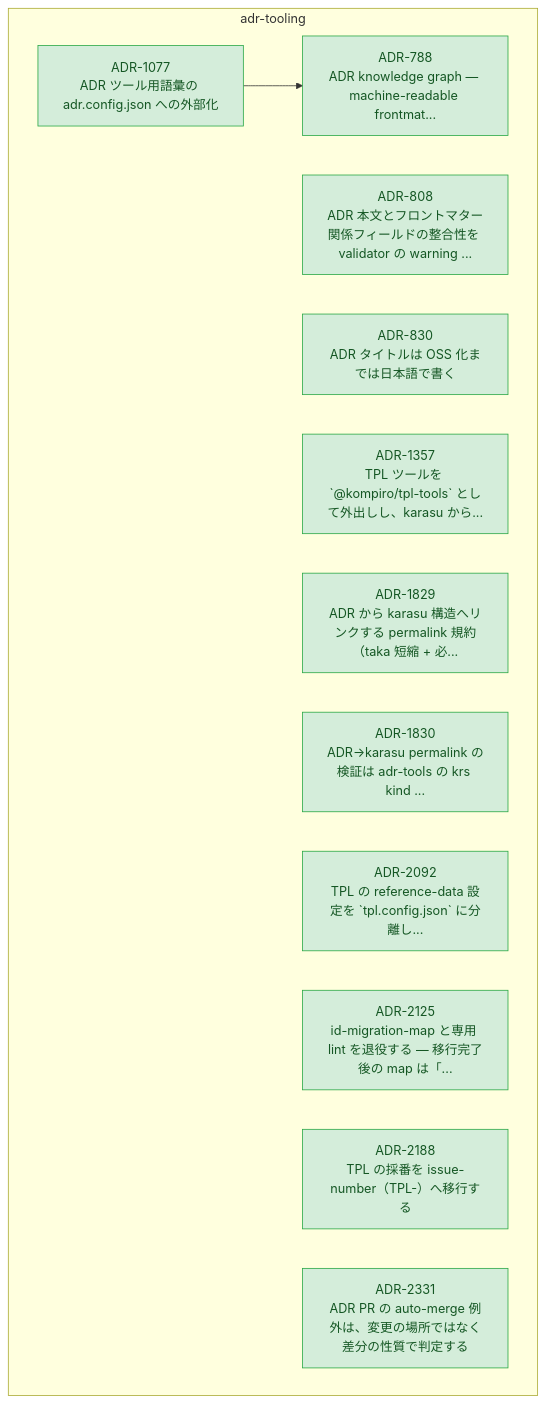
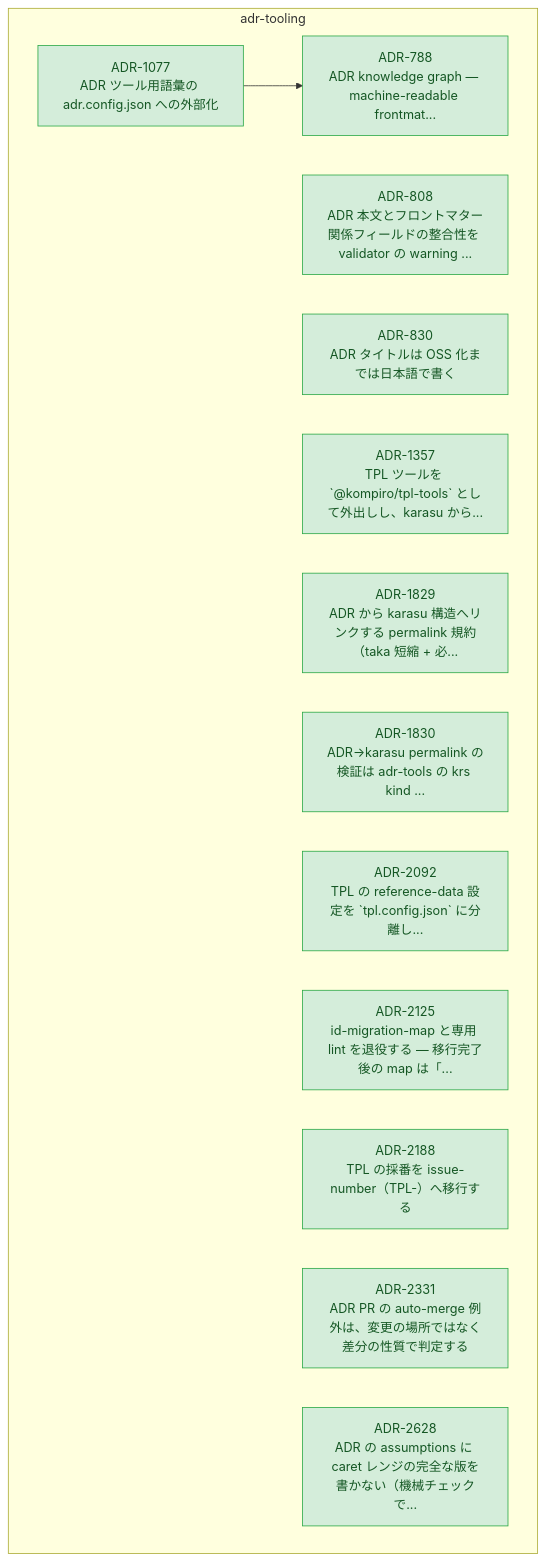
The diagram in docs/adr/graph/adr-tooling.md (kompiro/karasu), drawn with Mermaid before and after one commit. The commit also changed 9 other files, not shown here.

First line of the commit message:
chore(ci): fail ADR assumptions that pin a caret range to a full version (#2630)

````diff
--- a/docs/adr/graph/adr-tooling.md
+++ b/docs/adr/graph/adr-tooling.md
@@ -6,35 +6,37 @@
 ```mermaid
 flowchart TD
   subgraph adr-tooling["adr-tooling"]
     ADR_788["ADR-788<br/>ADR knowledge graph — machine-readable frontmat..."]
     ADR_808["ADR-808<br/>ADR 本文とフロントマター関係フィールドの整合性を validator の warning ..."]
     ADR_830["ADR-830<br/>ADR タイトルは OSS 化までは日本語で書く"]
     ADR_1077["ADR-1077<br/>ADR ツール用語彙の adr.config.json への外部化"]
     ADR_1357["ADR-1357<br/>TPL ツールを `@kompiro/tpl-tools` として外出しし、karasu から..."]
     ADR_1829["ADR-1829<br/>ADR から karasu 構造へリンクする permalink 規約（taka 短縮 + 必..."]
     ADR_1830["ADR-1830<br/>ADR→karasu permalink の検証は adr-tools の krs kind ..."]
     ADR_2092["ADR-2092<br/>TPL の reference-data 設定を `tpl.config.json` に分離し..."]
     ADR_2125["ADR-2125<br/>id-migration-map と専用 lint を退役する — 移行完了後の map は「..."]
     ADR_2188["ADR-2188<br/>TPL の採番を issue-number（TPL-<n>）へ移行する"]
     ADR_2331["ADR-2331<br/>ADR PR の auto-merge 例外は、変更の場所ではなく差分の性質で判定する"]
+    ADR_2628["ADR-2628<br/>ADR の assumptions に caret レンジの完全な版を書かない（機械チェックで..."]
   end
   ADR_1077 --> ADR_788
 
   classDef accepted fill:#d4edda,stroke:#28a745,color:#155724
   classDef proposed fill:#fff3cd,stroke:#ffc107,color:#856404
   classDef deprecated fill:#f8d7da,stroke:#dc3545,color:#721c24
   classDef superseded fill:#e2e3e5,stroke:#6c757d,color:#383d41
   classDef not_adopted fill:#e2e3e5,stroke:#6c757d,color:#383d41,stroke-dasharray:3 3
   classDef ghost fill:#f5f5f5,stroke:#adb5bd,color:#6c757d,stroke-dasharray:2 2
   class ADR_788 accepted
   class ADR_808 accepted
   class ADR_830 accepted
   class ADR_1077 accepted
   class ADR_1357 accepted
   class ADR_1829 accepted
   class ADR_1830 accepted
   class ADR_2092 accepted
   class ADR_2125 accepted
   class ADR_2188 accepted
   class ADR_2331 accepted
+  class ADR_2628 accepted
 ```
````
